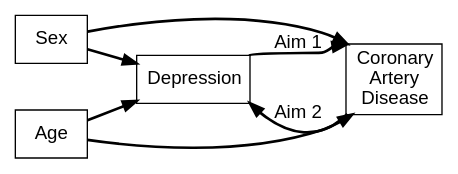
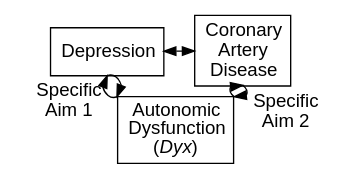
One commit to asshah4/f32 changed the diagram in dag_figure.dot. Above: the diagram before and after it, drawn with Graphviz. The commit also changed 43 other files, not shown here.

```diff
--- a/dag_figure.dot
+++ b/dag_figure.dot
@@ -1,29 +1,24 @@
 # Figure 3 diagram
 
 digraph {
 
 # overall graph settings
-graph [layout = dot, rankdir = LR, overlap = FALSE, fontname = "Arial"]
-edge [fontname = "Arial", penwidth = 2  ];
+graph [layout = neato, rankdir = LR, overlap = FALSE, fontname = "Arial"]
+edge [fontname = "Arial", len = 1.7, arrowsize = .9]
 node [shape = rectangle, fontname = "Arial"]
 
 # Important nodes
-sad [label = <Depression>, rank = 1]
-cad [label = <Coronary<br/>Artery<br/>Disease>, rank = 1]
-
-# Covariates
-sex [label = <Sex>, rank = 2]
-age [label = <Age>, rank = 2]
-
-# Nodes of importance
-#hrv [label = <Autonomic<br/>Dysfunction<br/><font point-size='10'>(<I>Dyx</I>)</font>>]
-#cad [label = <Obstructive CAD>]
-#nvi [label = <Neuropsychological<br/>Factors>]
+sad [label = <Depression>]
+cad [label = <Coronary<br/>Artery<br/>Disease>]
+ans [label = <Autonomic<br/>Dysfunction<br/><font>(<I>Dyx</I>)</font>>]
 
 # Edge definitions
-sad -> cad [dir = forward, tailport = ne, headport = nw, label = "Aim 1"]
-cad -> sad [dir = forward, tailport = sw, headport = se, label = "Aim 2"]
+sad -> cad [dir = both, len = 2.2]
+sad -> ans [dir = forward, headport = nw, tailport = s, label = <     Specific  <br/>     Aim 1  >]
+ans -> sad [dir = forward, headport = s, tailport = nw]
+cad -> ans [dir = forward, headport = ne, tailport = s] 
+ans -> cad [dir = forward, headport = s, tailport = ne, label = <     Specific<br/>     Aim 2>]
 
-sex -> {sad cad} [dir = backward]
-age -> {sad cad} [dir = forward]
+# Rank
+{rank = same sad cad}
 }
```
